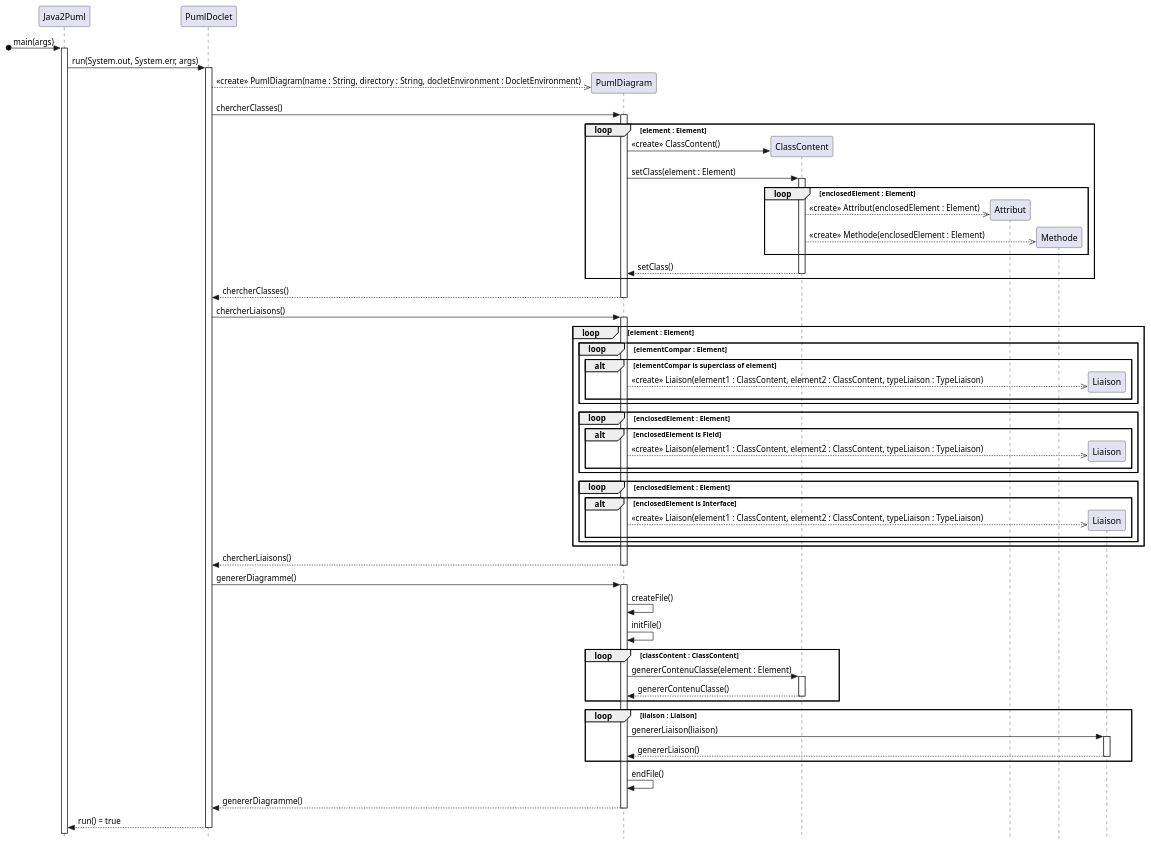
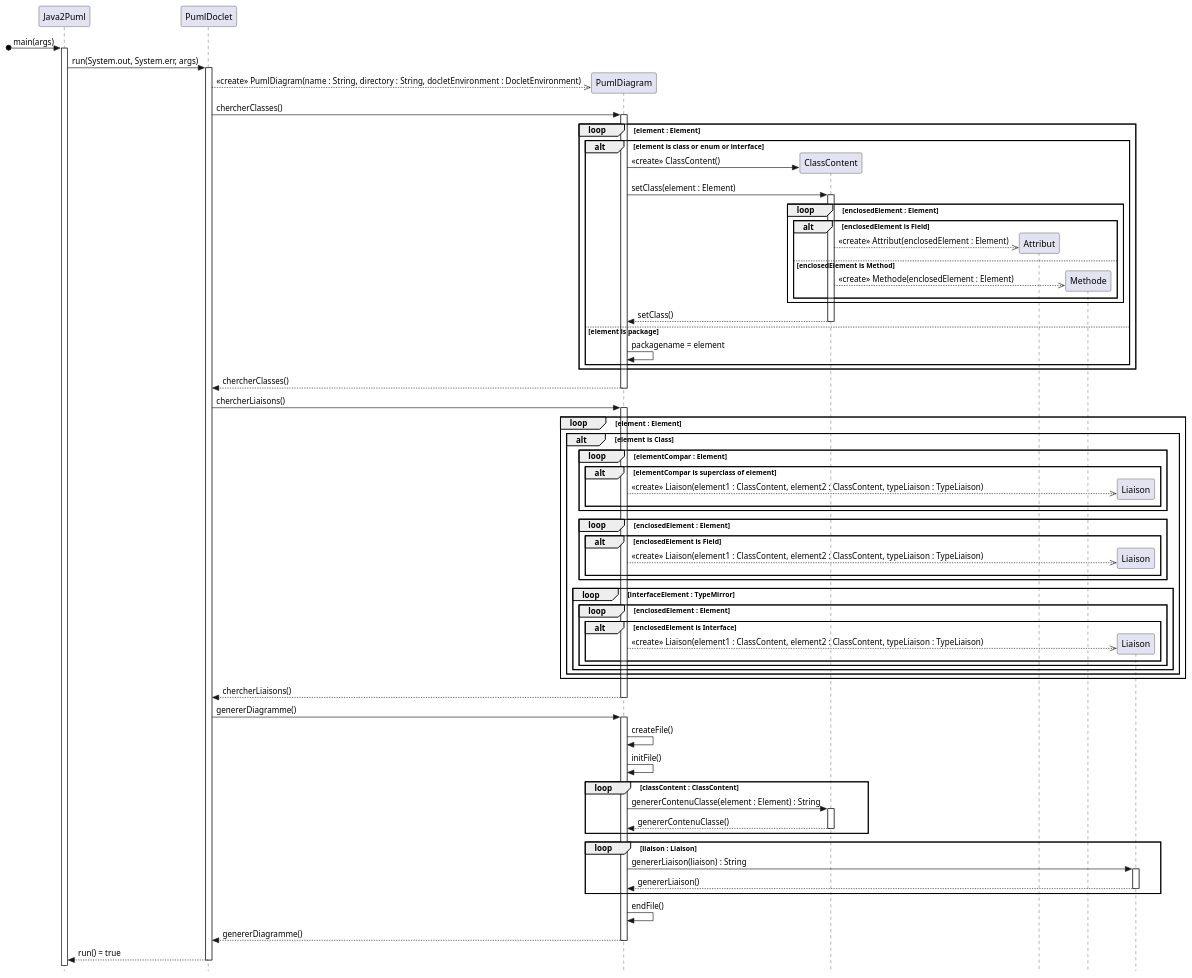
Before and after one commit to DimToups/Java-to-PUML-converter: the diagram in uml/pumlFromJavaDS.puml, drawn with PlantUML. The commit also changed 2 other files, not shown here.

Commit message:
[Restructuration] Correction du Diagramme de séquence

```diff
--- a/uml/pumlFromJavaDS.puml
+++ b/uml/pumlFromJavaDS.puml
@@ -1,64 +1,75 @@
 @startuml
 'https://plantuml.com/sequence-diagram
 skinparam style strictuml
 hide footbox
 
 participant Java2Puml
 participant PumlDoclet
 participant PumlDiagram
 participant ClassContent
 participant Attribut
 participant Methode
 participant Liaison
 
 [o-> Java2Puml ++ : main(args)
 Java2Puml -> PumlDoclet ++ : run(System.out, System.err, args)
     PumlDoclet -->> PumlDiagram ** : <<create>> PumlDiagram(name : String, directory : String, docletEnvironment : DocletEnvironment)
     PumlDoclet -> PumlDiagram ++ : chercherClasses()
         loop element : Element
-            PumlDiagram -> ClassContent ** : <<create>> ClassContent()
-            PumlDiagram -> ClassContent ++ : setClass(element : Element)
-                loop enclosedElement : Element
-                    ClassContent -->> Attribut ** : <<create>> Attribut(enclosedElement : Element)
-                    ClassContent -->> Methode ** : <<create>> Methode(enclosedElement : Element)
-                end
-            return setClass()
+            alt element is class or enum or interface
+                PumlDiagram -> ClassContent ** : <<create>> ClassContent()
+                PumlDiagram -> ClassContent ++ : setClass(element : Element)
+                    loop enclosedElement : Element
+                        alt enclosedElement is Field
+                            ClassContent -->> Attribut ** : <<create>> Attribut(enclosedElement : Element)
+                        else enclosedElement is Method
+                            ClassContent -->> Methode ** : <<create>> Methode(enclosedElement : Element)
+                        end
+                    end
+                return setClass()
+            else element is package
+                PumlDiagram -> PumlDiagram : packagename = element
+            end
         end
     return chercherClasses()
 
     PumlDoclet -> PumlDiagram ++ : chercherLiaisons()
         loop element : Element
-            loop elementCompar : Element
-                alt elementCompar is superclass of element
-                    PumlDiagram -->> Liaison ** : <<create>> Liaison(element1 : ClassContent, element2 : ClassContent, typeLiaison : TypeLiaison)
+            alt element is Class
+                loop elementCompar : Element
+                    alt elementCompar is superclass of element
+                        PumlDiagram -->> Liaison ** : <<create>> Liaison(element1 : ClassContent, element2 : ClassContent, typeLiaison : TypeLiaison)
+                    end
                 end
-            end
-            loop enclosedElement : Element
-                alt enclosedElement is Field
-                    PumlDiagram -->> Liaison ** : <<create>> Liaison(element1 : ClassContent, element2 : ClassContent, typeLiaison : TypeLiaison)
+                loop enclosedElement : Element
+                    alt enclosedElement is Field
+                        PumlDiagram -->> Liaison ** : <<create>> Liaison(element1 : ClassContent, element2 : ClassContent, typeLiaison : TypeLiaison)
+                    end
                 end
-            end
-            loop enclosedElement : Element
-                alt enclosedElement is Interface
-                    PumlDiagram -->> Liaison ** : <<create>> Liaison(element1 : ClassContent, element2 : ClassContent, typeLiaison : TypeLiaison)
+                loop interfaceElement : TypeMirror
+                    loop enclosedElement : Element
+                        alt enclosedElement is Interface
+                            PumlDiagram -->> Liaison ** : <<create>> Liaison(element1 : ClassContent, element2 : ClassContent, typeLiaison : TypeLiaison)
+                        end
+                    end
                 end
             end
         end
     return chercherLiaisons()
 
     PumlDoclet -> PumlDiagram ++ : genererDiagramme()
         PumlDiagram -> PumlDiagram : createFile()
         PumlDiagram -> PumlDiagram : initFile()
         loop classContent : ClassContent
-            PumlDiagram -> ClassContent ++ : genererContenuClasse(element : Element)
+            PumlDiagram -> ClassContent ++ : genererContenuClasse(element : Element) : String
             return genererContenuClasse()
         end
         loop liaison : Liaison
-            PumlDiagram -> Liaison ++ : genererLiaison(liaison)
+            PumlDiagram -> Liaison ++ : genererLiaison(liaison) : String
             return genererLiaison()
         end
         PumlDiagram -> PumlDiagram : endFile()
     return genererDiagramme()
 return run() = true
 
 @enduml
```
